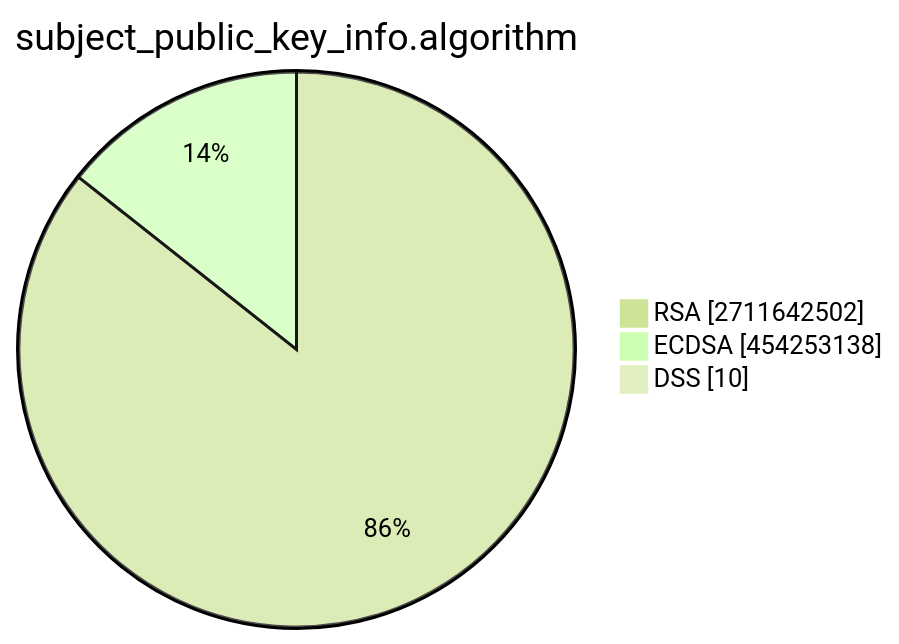
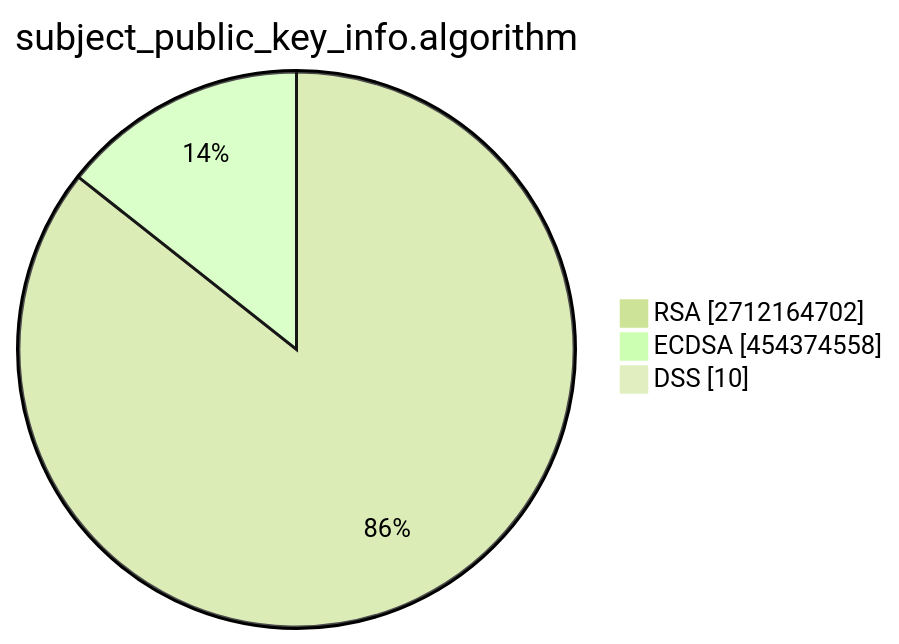
Before and after one commit to christiankrug/ctmonitor_visualization: the second of 15 diagrams in TOTAL/README.md, drawn with Mermaid (forest theme). The commit also changed other lines of this file, not shown here.

````diff
--- a/TOTAL/README.md
+++ b/TOTAL/README.md
@@ -6,7 +6,7 @@
 ```mermaid
 pie showData
 title subject_public_key_info.algorithm
-"RSA" :2711642502
-"ECDSA" :454253138
+"RSA" :2712164702
+"ECDSA" :454374558
 "DSS" :10
 ```
````
